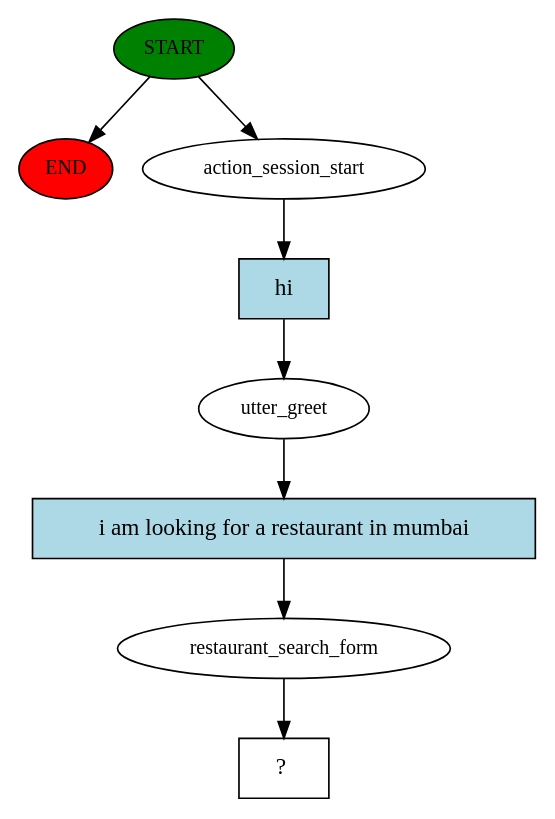
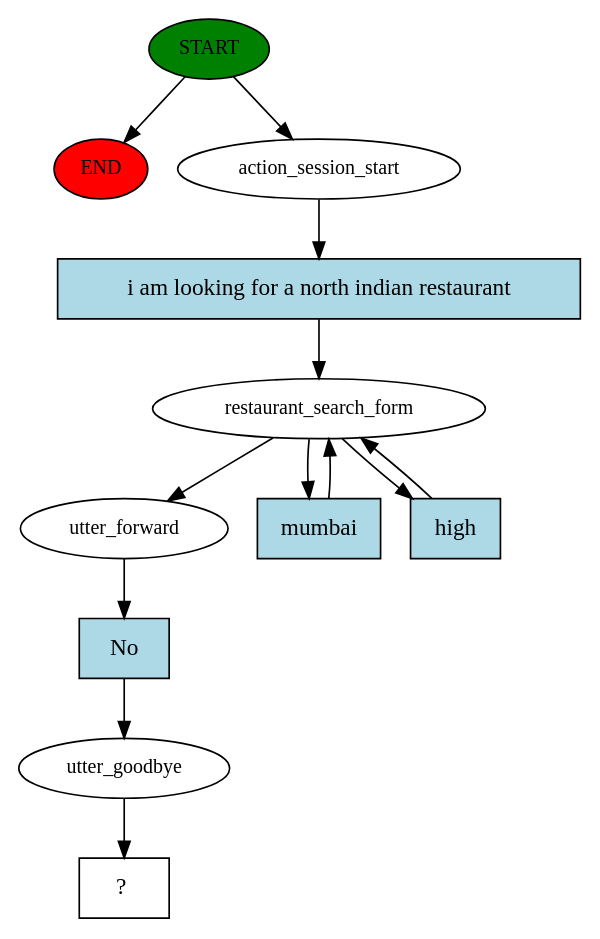
The diagram in story_graph.dot (sandeepsreedeep/foodie), drawn with Graphviz before and after one commit. The commit also changed 8 other files, not shown here.

```diff
--- a/story_graph.dot
+++ b/story_graph.dot
@@ -1,17 +1,25 @@
 digraph  {
 0 [class="start active", fillcolor=green, fontsize=12, label=START, style=filled];
 "-1" [class=end, fillcolor=red, fontsize=12, label=END, style=filled];
 1 [class=active, fontsize=12, label=action_session_start];
-2 [class=active, fontsize=12, label=utter_greet];
-3 [class=active, fontsize=12, label=restaurant_search_form];
-4 [class="intent dashed active", label="  ?  ", shape=rect];
-5 [class="intent active", fillcolor=lightblue, label=hi, shape=rect, style=filled];
-6 [class="intent active", fillcolor=lightblue, label="i am looking for a restaurant in mumbai", shape=rect, style=filled];
+2 [class=active, fontsize=12, label=restaurant_search_form];
+5 [class=active, fontsize=12, label=utter_forward];
+6 [class=active, fontsize=12, label=utter_goodbye];
+7 [class="intent dashed active", label="  ?  ", shape=rect];
+8 [class="intent active", fillcolor=lightblue, label="i am looking for a north indian restaurant", shape=rect, style=filled];
+9 [class="intent active", fillcolor=lightblue, label=mumbai, shape=rect, style=filled];
+10 [class="intent active", fillcolor=lightblue, label=high, shape=rect, style=filled];
+11 [class="intent active", fillcolor=lightblue, label=No, shape=rect, style=filled];
 0 -> "-1"  [class="", key=NONE, label=""];
 0 -> 1  [class=active, key=NONE, label=""];
-1 -> 5  [class=active, key=0];
-2 -> 6  [class=active, key=0];
-3 -> 4  [class=active, key=NONE, label=""];
-5 -> 2  [class=active, key=0];
-6 -> 3  [class=active, key=0];
+1 -> 8  [class=active, key=0];
+2 -> 5  [class=active, key=NONE, label=""];
+2 -> 9  [class=active, key=0];
+2 -> 10  [class=active, key=0];
+5 -> 11  [class=active, key=0];
+6 -> 7  [class=active, key=NONE, label=""];
+8 -> 2  [class=active, key=0];
+9 -> 2  [class=active, key=0];
+10 -> 2  [class=active, key=0];
+11 -> 6  [class=active, key=0];
 }
```
